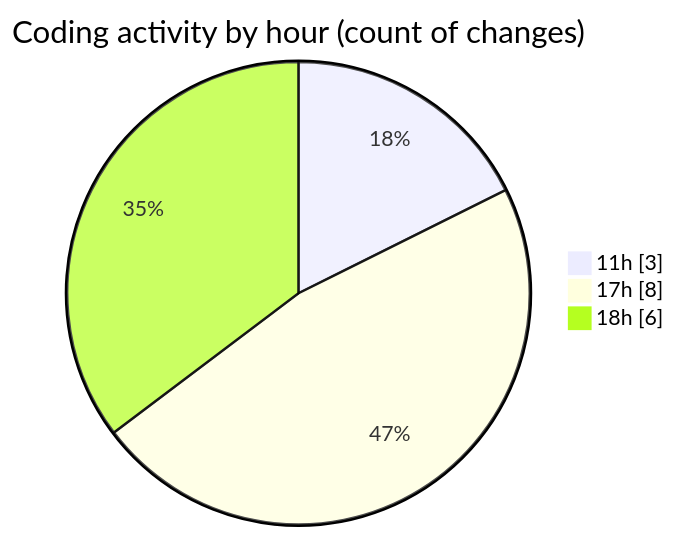
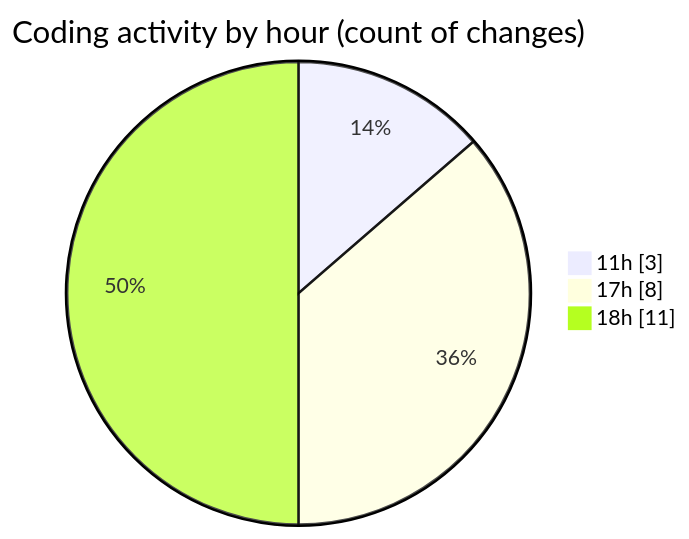
Before and after one commit to Elitesun/code-tracking: the second of 2 diagrams in 2025-02-05/react/README.md, drawn with Mermaid. The commit also changed other lines of this file and 1 other file, not shown here.

````diff
--- a/2025-02-05/react/README.md
+++ b/2025-02-05/react/README.md
@@ -37,7 +39,7 @@
 ```mermaid
 pie showData
 title Coding activity by hour (count of changes)
 "11h" : 3
 "17h" : 8
-"18h" : 6
+"18h" : 11
 ```
````
